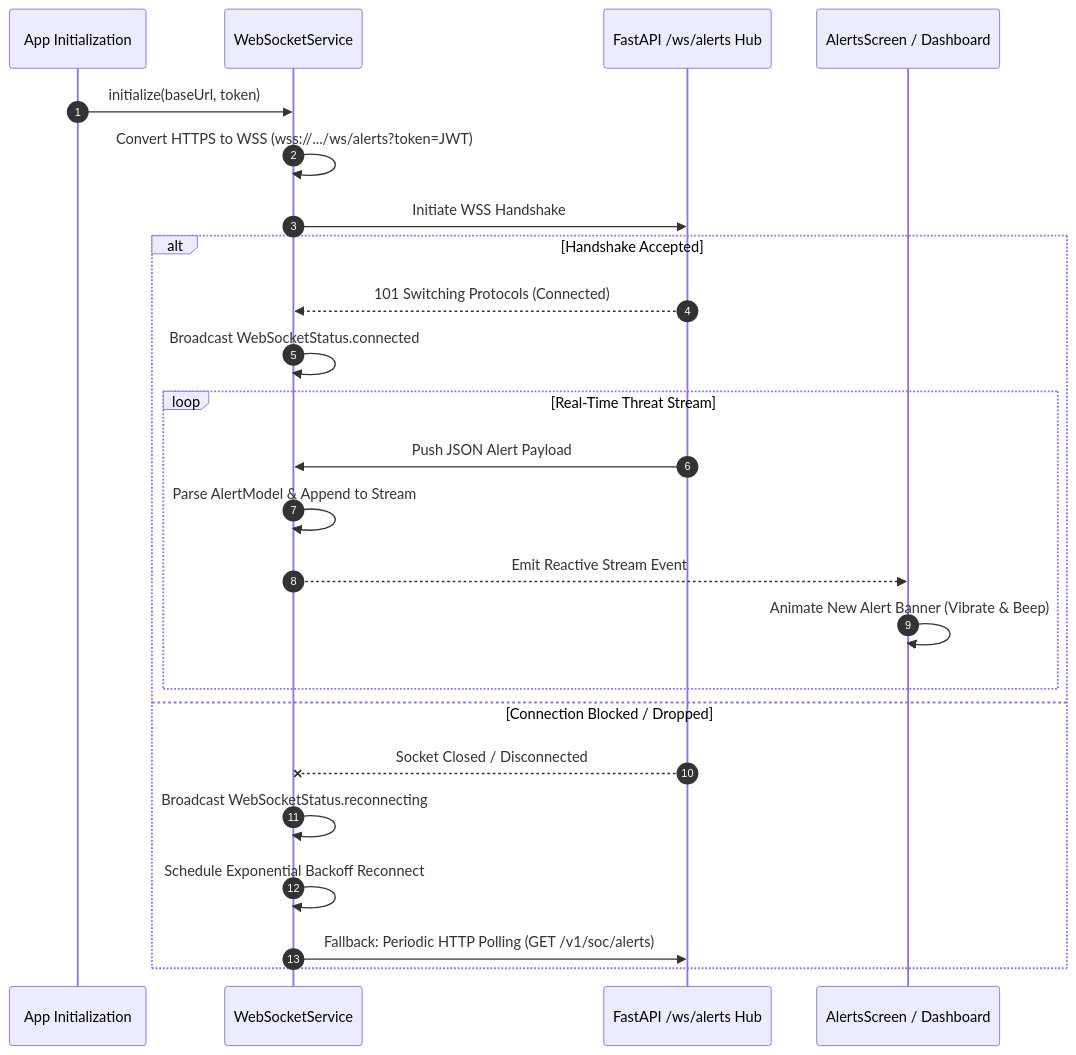
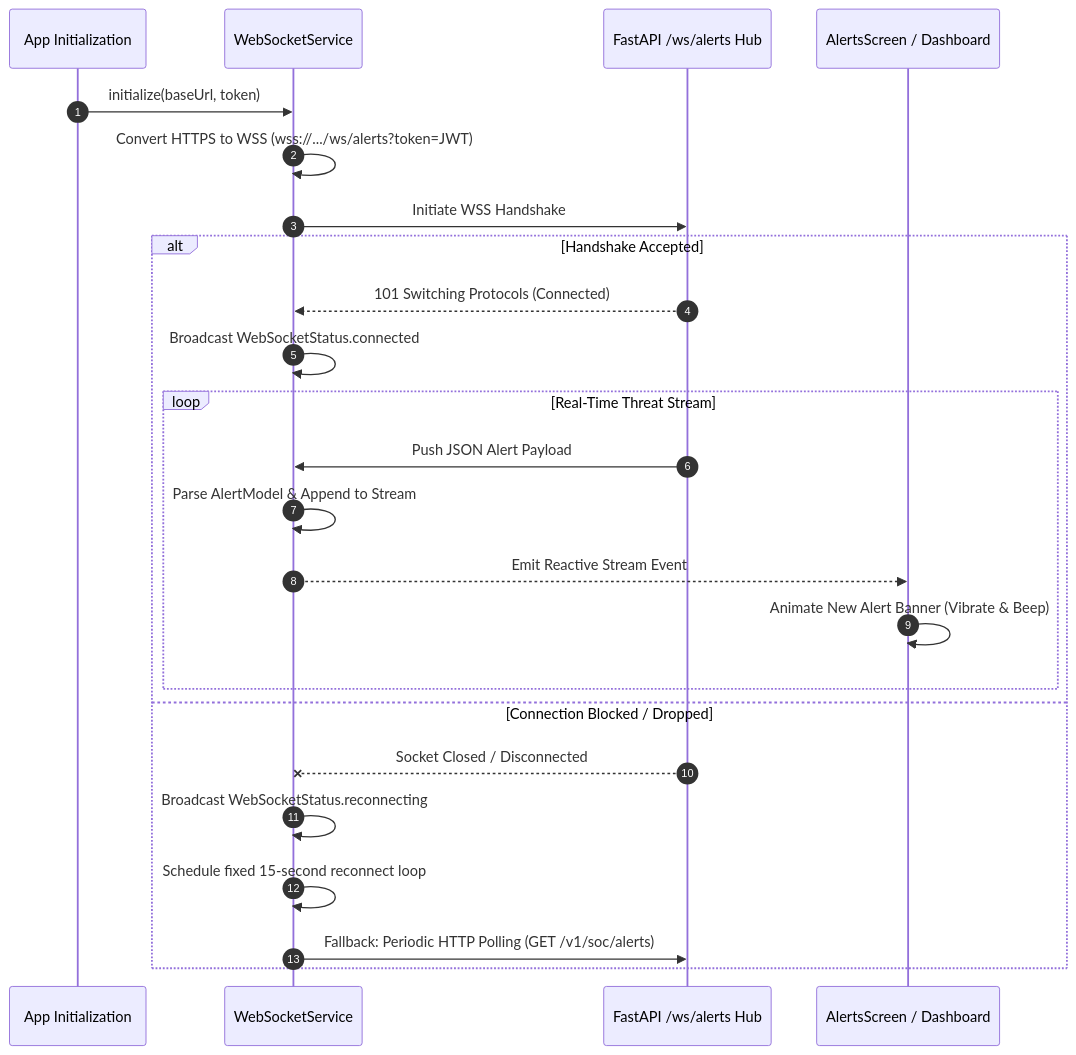
Before and after one commit to NATTOMR/secureguard-mobile: the fifth of 10 diagrams in docs/PROJECT_REPORT.md, drawn with Mermaid. The commit also changed other lines of this file and 11 other files, not shown here.

````diff
--- a/docs/PROJECT_REPORT.md
+++ b/docs/PROJECT_REPORT.md
@@ -777,27 +777,27 @@
 ```mermaid
 sequenceDiagram
     autonumber
     participant App as App Initialization
     participant WS as WebSocketService
     participant Backend as FastAPI /ws/alerts Hub
     participant UI as AlertsScreen / Dashboard
 
     App->>WS: initialize(baseUrl, token)
     WS->>WS: Convert HTTPS to WSS (wss://.../ws/alerts?token=JWT)
     WS->>Backend: Initiate WSS Handshake
     alt Handshake Accepted
         Backend-->>WS: 101 Switching Protocols (Connected)
         WS->>WS: Broadcast WebSocketStatus.connected
         loop Real-Time Threat Stream
             Backend->>WS: Push JSON Alert Payload
             WS->>WS: Parse AlertModel & Append to Stream
             WS-->>UI: Emit Reactive Stream Event
             UI->>UI: Animate New Alert Banner (Vibrate & Beep)
         end
     else Connection Blocked / Dropped
         Backend--xWS: Socket Closed / Disconnected
         WS->>WS: Broadcast WebSocketStatus.reconnecting
-        WS->>WS: Schedule Exponential Backoff Reconnect
+        WS->>WS: Schedule fixed 15-second reconnect loop
         WS->>Backend: Fallback: Periodic HTTP Polling (GET /v1/soc/alerts)
     end
 ```
````
